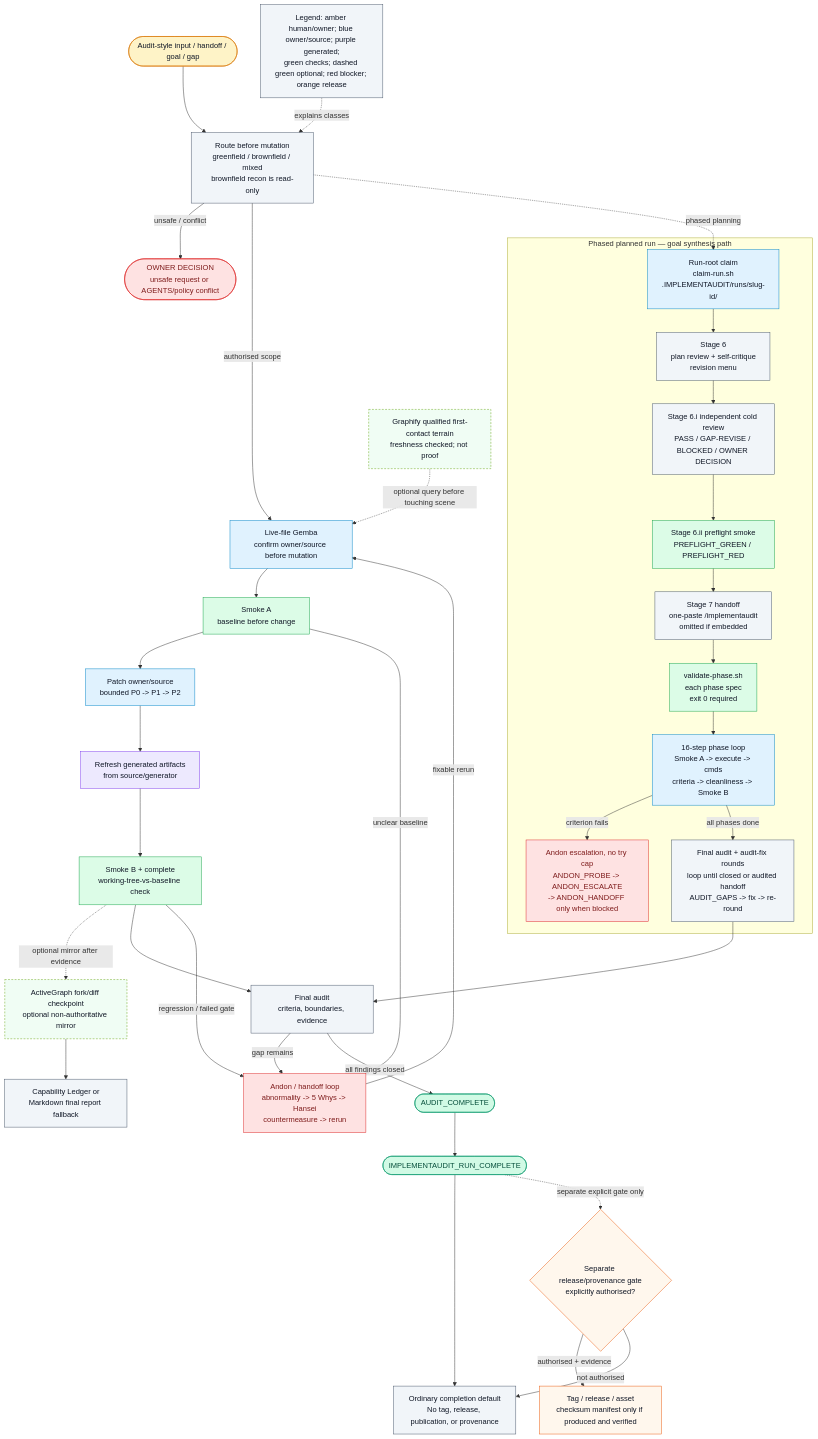
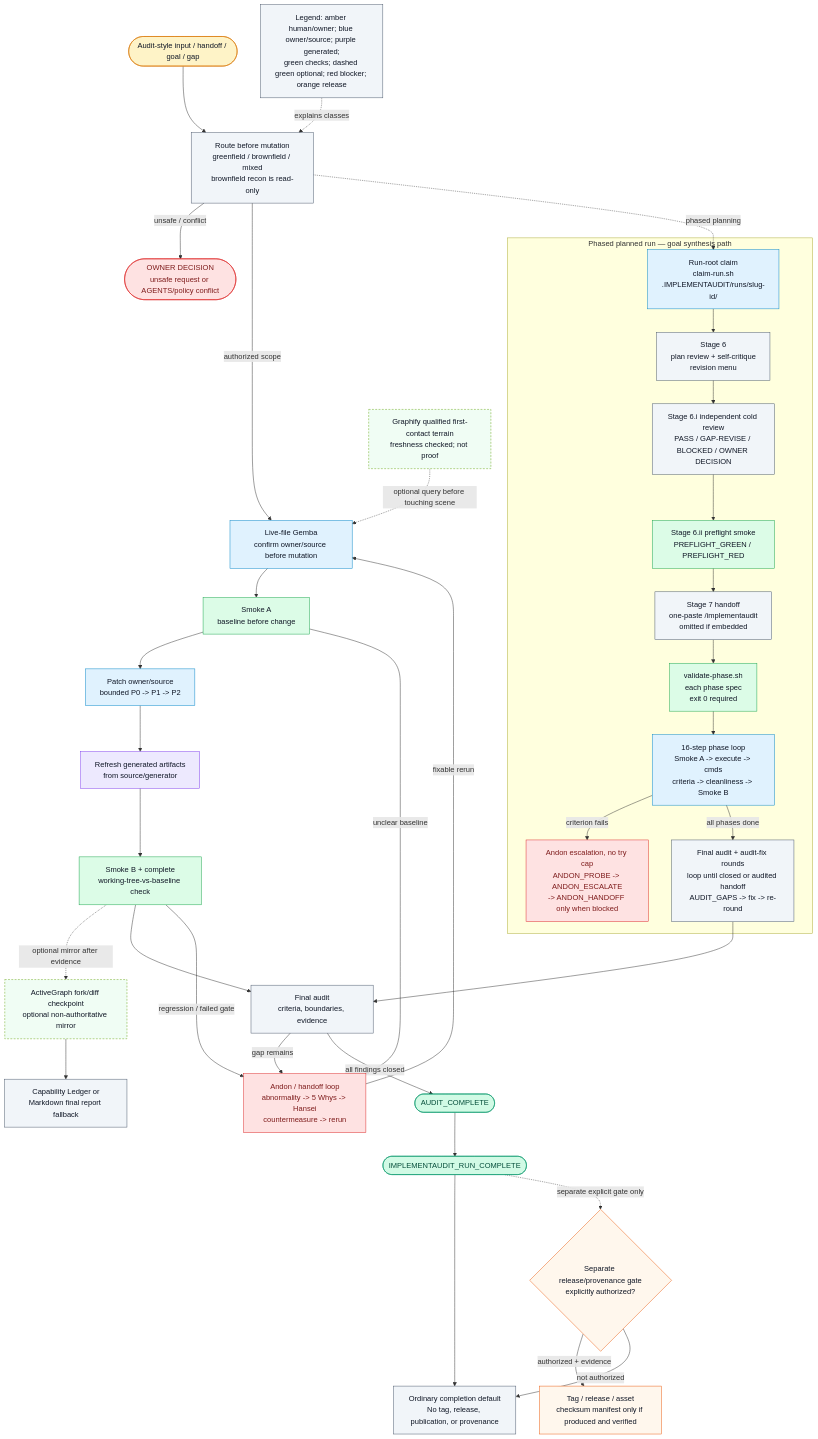
The third of 3 diagrams in README.md (theislampill/IMPLEMENTAUDIT.md), drawn with Mermaid before and after one commit. The commit also changed other lines of this file, not shown here.

````diff
--- a/README.md
+++ b/README.md
@@ -605,69 +605,69 @@
 ```mermaid
 flowchart TD
   Input(["Audit-style input / handoff / goal / gap"]):::human
   Route["Route before mutation<br/>greenfield / brownfield / mixed<br/>brownfield recon is read-only"]:::audit
   OwnerDecision(["OWNER DECISION<br/>unsafe request or AGENTS/policy conflict"]):::blocker
 
   Graphify["Graphify qualified first-contact terrain<br/>freshness checked; not proof"]:::optional
   Gemba["Live-file Gemba<br/>confirm owner/source before mutation"]:::source
   SmokeA["Smoke A<br/>baseline before change"]:::checker
   Patch["Patch owner/source<br/>bounded P0 -> P1 -> P2"]:::source
   Generated["Refresh generated artifacts<br/>from source/generator"]:::generated
   SmokeB["Smoke B + complete<br/>working-tree-vs-baseline check"]:::checker
 
   ActiveGraph["ActiveGraph fork/diff checkpoint<br/>optional non-authoritative mirror"]:::optional
   Ledger["Capability Ledger or<br/>Markdown final report fallback"]:::audit
 
   Andon["Andon / handoff loop<br/>abnormality -> 5 Whys -> Hansei<br/>countermeasure -> rerun"]:::blocker
   Final["Final audit<br/>criteria, boundaries, evidence"]:::audit
   AuditDone(["AUDIT_COMPLETE"]):::success
   RunDone(["IMPLEMENTAUDIT_RUN_COMPLETE"]):::success
   NoRelease["Ordinary completion default<br/>No tag, release, publication, or provenance"]:::audit
-  ReleaseGate{"Separate release/provenance gate<br/>explicitly authorised?"}:::release
+  ReleaseGate{"Separate release/provenance gate<br/>explicitly authorized?"}:::release
   Release["Tag / release / asset<br/>checksum manifest only if produced and verified"]:::release
   Legend["Legend: amber human/owner; blue owner/source; purple generated;<br/>green checks; dashed green optional; red blocker; orange release"]:::audit
 
   subgraph PhasedRun["Phased planned run — goal synthesis path"]
     RunRoot["Run-root claim<br/>claim-run.sh<br/>.IMPLEMENTAUDIT/runs/slug-id/"]:::source
     Stage6["Stage 6<br/>plan review + self-critique<br/>revision menu"]:::audit
     Stage6i["Stage 6.i independent cold review<br/>PASS / GAP-REVISE / BLOCKED / OWNER DECISION"]:::audit
     Stage6ii["Stage 6.ii preflight smoke<br/>PREFLIGHT_GREEN / PREFLIGHT_RED"]:::checker
     Stage7["Stage 7 handoff<br/>one-paste /implementaudit<br/>omitted if embedded"]:::audit
     PhaseSpec["validate-phase.sh<br/>each phase spec<br/>exit 0 required"]:::checker
     PhaseLoop["16-step phase loop<br/>Smoke A -> execute -> cmds<br/>criteria -> cleanliness -> Smoke B"]:::source
     Recovery["Andon escalation, no try cap<br/>ANDON_PROBE -> ANDON_ESCALATE<br/>-> ANDON_HANDOFF only when blocked"]:::blocker
     AuditFix["Final audit + audit-fix rounds<br/>loop until closed or audited handoff<br/>AUDIT_GAPS -> fix -> re-round"]:::audit
     RunRoot --> Stage6 --> Stage6i --> Stage6ii --> Stage7 --> PhaseSpec --> PhaseLoop
     PhaseLoop -->|criterion fails| Recovery
     PhaseLoop -->|all phases done| AuditFix
   end
 
   Input --> Route
   Route -->|unsafe / conflict| OwnerDecision
-  Route -->|authorised scope| Gemba
+  Route -->|authorized scope| Gemba
   Route -. phased planning .-> RunRoot
   AuditFix --> Final
   Graphify -. optional query before touching scene .-> Gemba
   Gemba --> SmokeA --> Patch --> Generated --> SmokeB
   SmokeB -. optional mirror after evidence .-> ActiveGraph --> Ledger
   SmokeB --> Final
   SmokeA -->|unclear baseline| Andon
   SmokeB -->|regression / failed gate| Andon
   Final -->|gap remains| Andon
   Andon -->|fixable rerun| Gemba
   Final -->|all findings closed| AuditDone --> RunDone --> NoRelease
   RunDone -. separate explicit gate only .-> ReleaseGate
-  ReleaseGate -->|authorised + evidence| Release
-  ReleaseGate -->|not authorised| NoRelease
+  ReleaseGate -->|authorized + evidence| Release
+  ReleaseGate -->|not authorized| NoRelease
   Legend -. explains classes .-> Route
 
   classDef human fill:#fef3c7,stroke:#d97706,color:#111827
   classDef source fill:#e0f2fe,stroke:#0284c7,color:#111827
   classDef generated fill:#ede9fe,stroke:#7c3aed,color:#111827
   classDef checker fill:#dcfce7,stroke:#16a34a,color:#111827
   classDef audit fill:#f1f5f9,stroke:#475569,color:#111827
   classDef optional fill:#f0fdf4,stroke:#65a30d,color:#111827,stroke-dasharray: 4 3
   classDef release fill:#fff7ed,stroke:#ea580c,color:#111827
   classDef success fill:#d1fae5,stroke:#059669,color:#064e3b
   classDef blocker fill:#fee2e2,stroke:#dc2626,color:#7f1d1d
 ```
````
